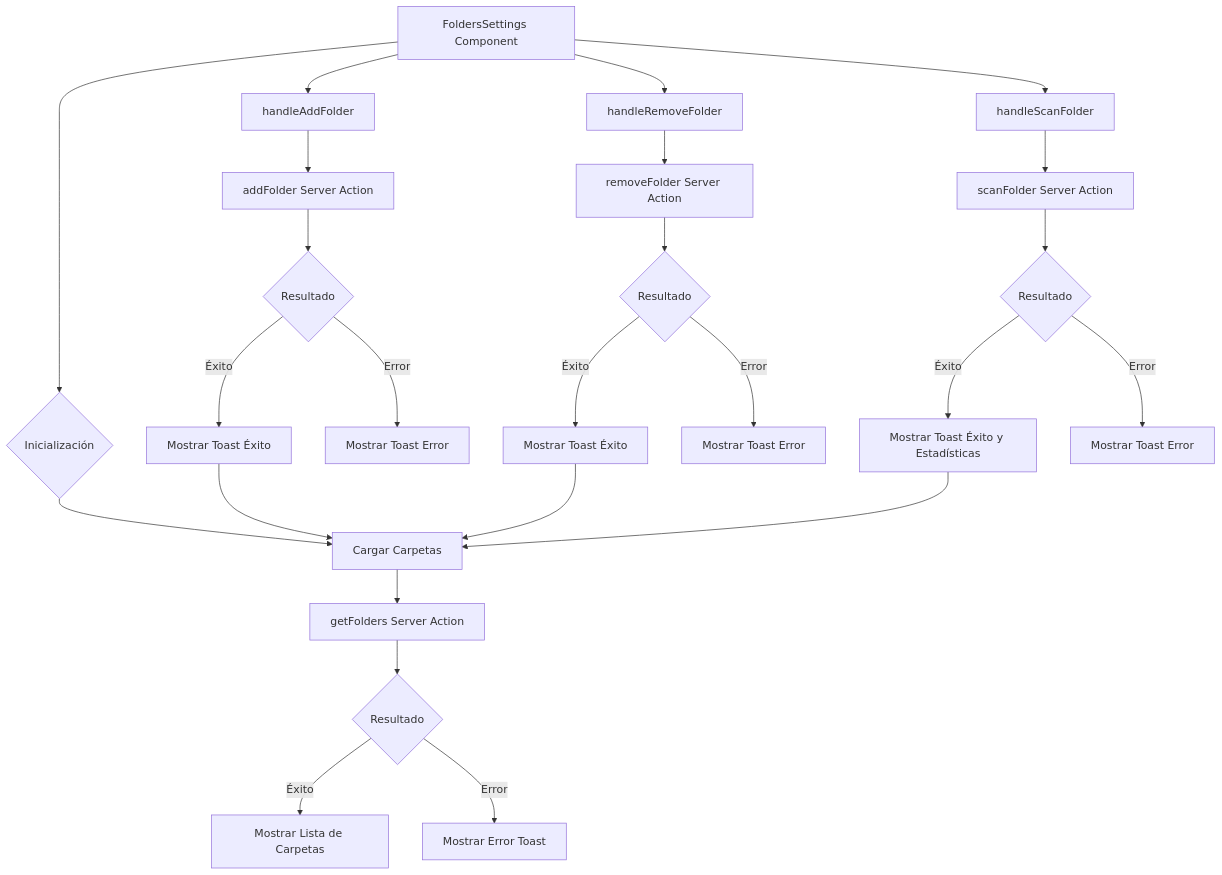
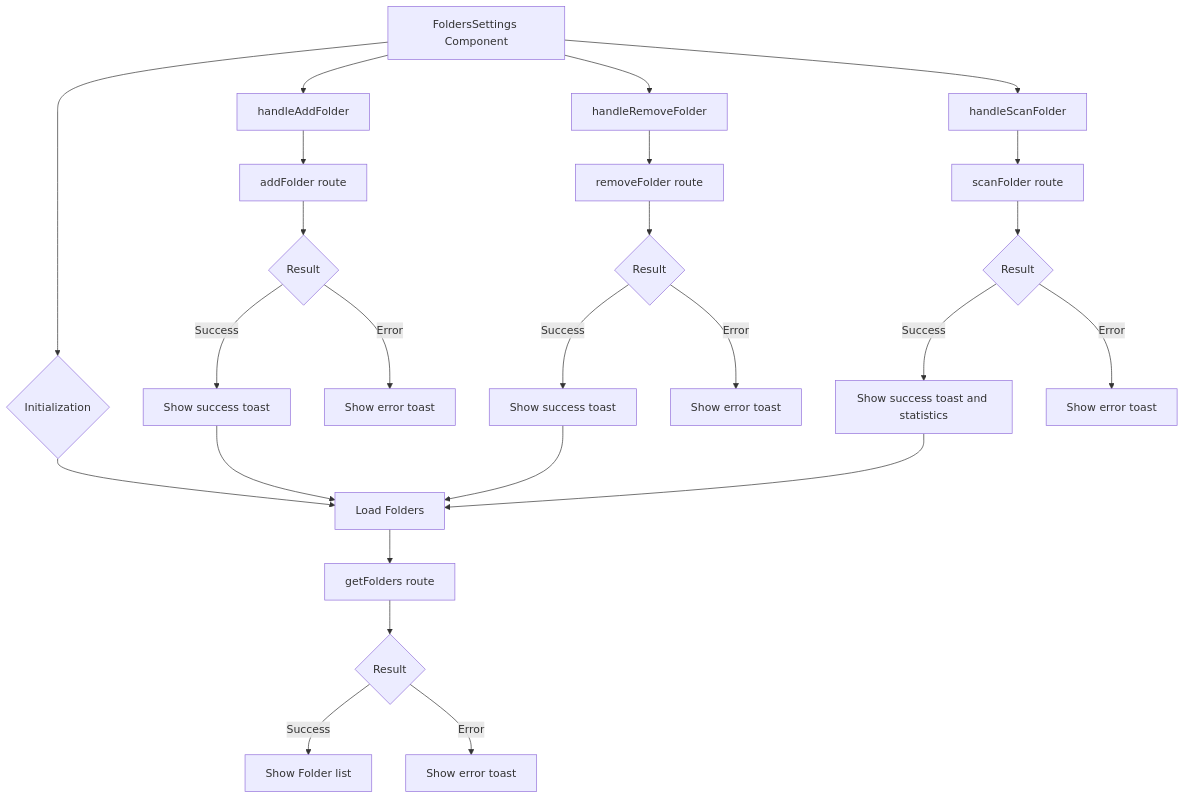
One commit to gvastethecreator/media-manager changed the first of 2 diagrams in src/components/settings/folders/README.md. Above: the diagram before and after it, drawn with Mermaid. The commit also changed other lines of this file and 104 other files, not shown here.

Commit message:
docs: initialize comprehensive architectural documentation and component-level README files across the repository.

````diff
--- a/src/components/settings/folders/README.md
+++ b/src/components/settings/folders/README.md
@@ -17,30 +19,30 @@
 ```mermaid
 graph TD
-    A[FoldersSettings Component] --> B{Inicialización}
-    B --> C[Cargar Carpetas]
-    C --> D[getFolders Server Action]
-    D --> E{Resultado}
-    E -->|Éxito| F[Mostrar Lista de Carpetas]
-    E -->|Error| G[Mostrar Error Toast]
+    A[FoldersSettings Component] --> B{Initialization}
+    B --> C[Load Folders]
+    C --> D[getFolders route]
+    D --> E{Result}
+    E -->|Success| F[Show Folder list]
+    E -->|Error| G[Show error toast]
 
     A --> H[handleAddFolder]
-    H --> I[addFolder Server Action]
-    I --> J{Resultado}
-    J -->|Éxito| K[Mostrar Toast Éxito]
-    J -->|Error| L[Mostrar Toast Error]
+    H --> I[addFolder route]
+    I --> J{Result}
+    J -->|Success| K[Show success toast]
+    J -->|Error| L[Show error toast]
     K --> C
 
     A --> M[handleRemoveFolder]
-    M --> N[removeFolder Server Action]
-    N --> O{Resultado}
-    O -->|Éxito| P[Mostrar Toast Éxito]
-    O -->|Error| Q[Mostrar Toast Error]
+    M --> N[removeFolder route]
+    N --> O{Result}
+    O -->|Success| P[Show success toast]
+    O -->|Error| Q[Show error toast]
     P --> C
 
     A --> R[handleScanFolder]
-    R --> S[scanFolder Server Action]
-    S --> T{Resultado}
-    T -->|Éxito| U[Mostrar Toast Éxito y Estadísticas]
-    T -->|Error| V[Mostrar Toast Error]
+    R --> S[scanFolder route]
+    S --> T{Result}
+    T -->|Success| U[Show success toast and statistics]
+    T -->|Error| V[Show error toast]
     U --> C
 ```
````
